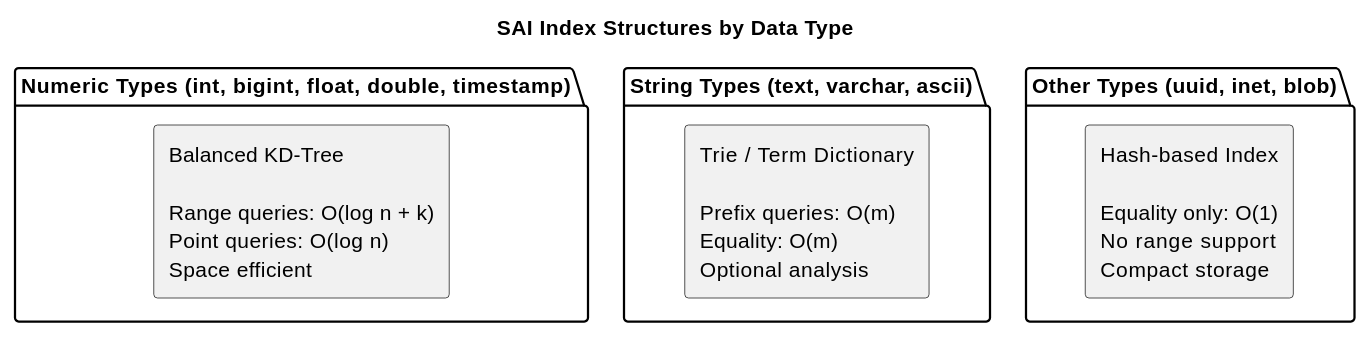
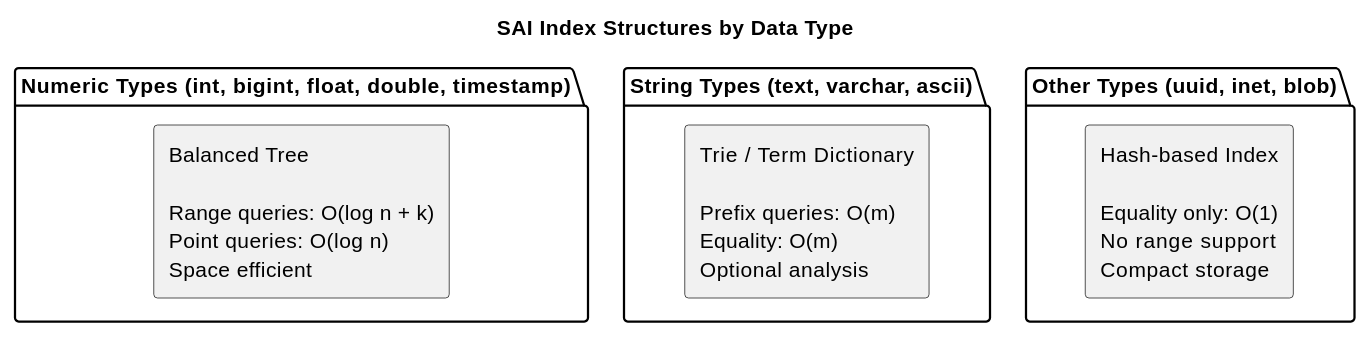
The second of 3 diagrams in docs/data-platforms/cassandra/architecture/storage-engine/indexes/sai.md (axonops/documentation), drawn with PlantUML before and after one commit. The commit also changed other lines of this file and 262 other files, not shown here.

````diff
--- a/docs/data-platforms/cassandra/architecture/storage-engine/indexes/sai.md
+++ b/docs/data-platforms/cassandra/architecture/storage-engine/indexes/sai.md
@@ -174,19 +178,19 @@
 ```plantuml
 @startuml
 skinparam backgroundColor transparent
 title SAI Index Structures by Data Type
 
 package "Numeric Types (int, bigint, float, double, timestamp)" {
-    rectangle "Balanced KD-Tree\n\nRange queries: O(log n + k)\nPoint queries: O(log n)\nSpace efficient" as kdtree
+    rectangle "Balanced Tree\n\nRange queries: O(log n + k)\nPoint queries: O(log n)\nSpace efficient" as kdtree
 }
 
 package "String Types (text, varchar, ascii)" {
     rectangle "Trie / Term Dictionary\n\nPrefix queries: O(m)\nEquality: O(m)\nOptional analysis" as trie
 }
 
 package "Other Types (uuid, inet, blob)" {
     rectangle "Hash-based Index\n\nEquality only: O(1)\nNo range support\nCompact storage" as hash
 }
 
 @enduml
 ```
````
